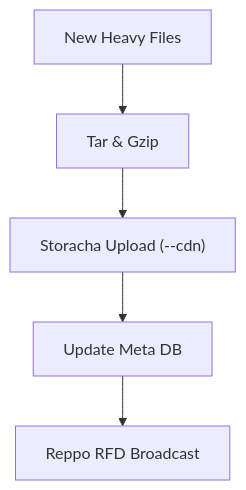
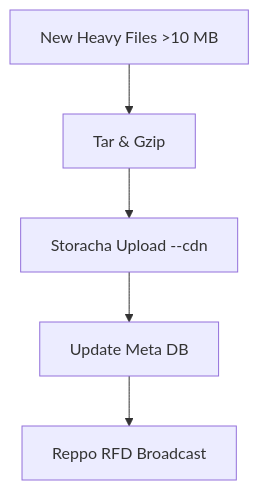
Before and after one commit to KintaGen/.github: the sixth of 10 diagrams in profile/README.md, drawn with Mermaid. The commit also changed other lines of this file, not shown here.

````diff
--- a/profile/README.md
+++ b/profile/README.md
@@ -257,7 +291,7 @@
 ```mermaid
 graph TD
-    P1[New Heavy Files] --> P2[Tar & Gzip]
-    P2 --> P3["Storacha Upload (--cdn)"]
+    P1[New Heavy Files >10 MB] --> P2[Tar & Gzip]
+    P2 --> P3[Storacha Upload --cdn]
     P3 --> P4[Update Meta DB]
     P4 --> P5[Reppo RFD Broadcast]
 ```
````
